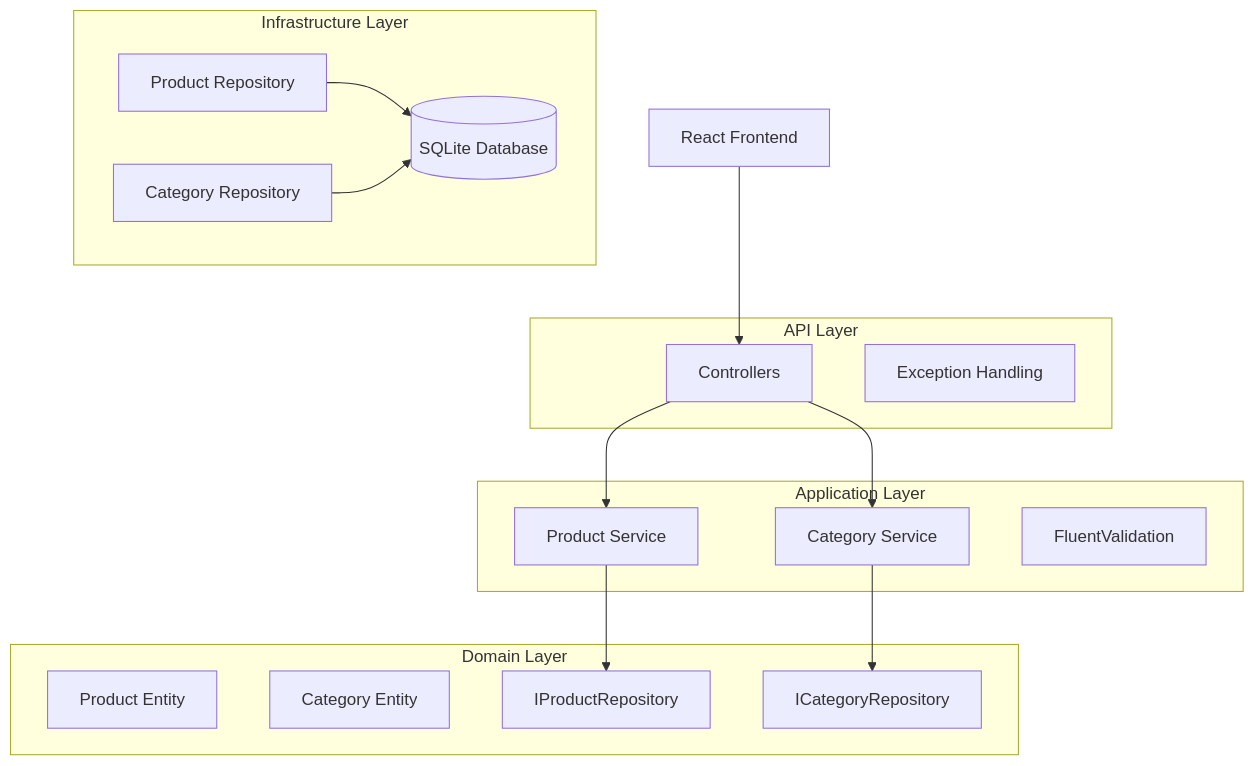
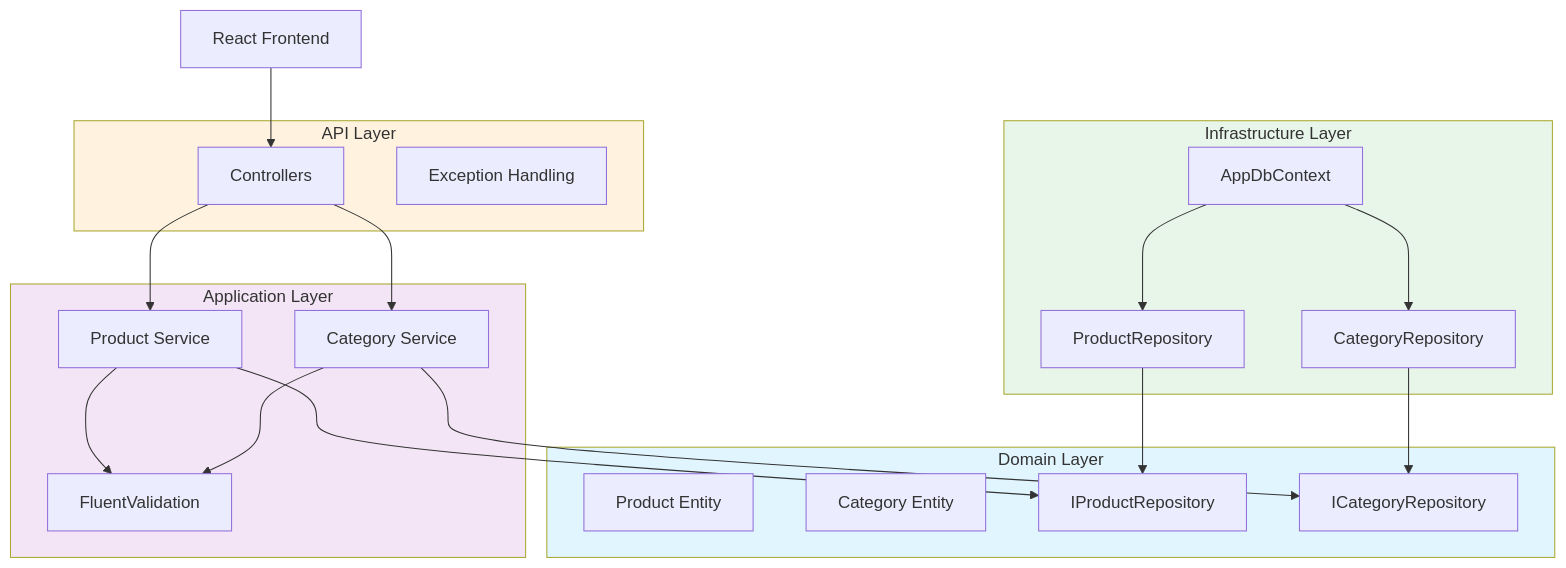
One commit to sudeepsolanki/technical-portfolio changed the diagram in 01-clean-architecture/README.md. Above: the diagram before and after it, drawn with Mermaid. The commit also changed other lines of this file and 199 other files, not shown here.

````diff
--- a/01-clean-architecture/README.md
+++ b/01-clean-architecture/README.md
@@ -41,37 +41,45 @@
 ```mermaid
 graph TB
     React[React Frontend]
     
     subgraph API["API Layer"]
         Controllers[Controllers]
         Middleware[Exception Handling]
     end
     
     subgraph App["Application Layer"]
         ProductService[Product Service]
         CategoryService[Category Service]
         Validators[FluentValidation]
     end
     
     subgraph Domain["Domain Layer"]
         Product[Product Entity]
         Category[Category Entity]
         IProductRepo[IProductRepository]
         ICategoryRepo[ICategoryRepository]
     end
     
     subgraph Infra["Infrastructure Layer"]
-        EFCore[EF Core DbContext]
-        ProductRepo[Product Repository]
-        CategoryRepo[Category Repository]
+        DbContext[AppDbContext]
+        ProductRepo[ProductRepository]
+        CategoryRepo[CategoryRepository]
     end
     
     React --> Controllers
     Controllers --> ProductService
     Controllers --> CategoryService
     ProductService --> IProductRepo
     CategoryService --> ICategoryRepo
-    ProductRepo --> EFCore
-    CategoryRepo --> EFCore
-    EFCore[(SQLite Database)]
+    ProductService --> Validators
+    CategoryService --> Validators
+    ProductRepo --> IProductRepo
+    CategoryRepo --> ICategoryRepo
+    DbContext --> ProductRepo
+    DbContext --> CategoryRepo
+    
+    style Domain fill:#e1f5fe
+    style App fill:#f3e5f5
+    style Infra fill:#e8f5e9
+    style API fill:#fff3e0
 ```
````
